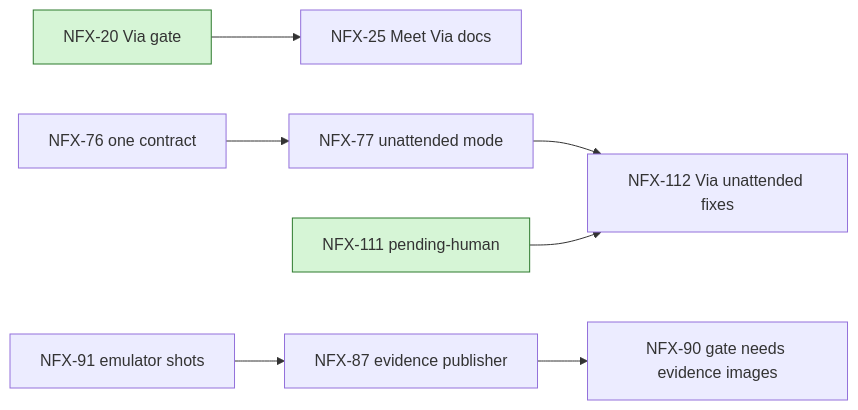
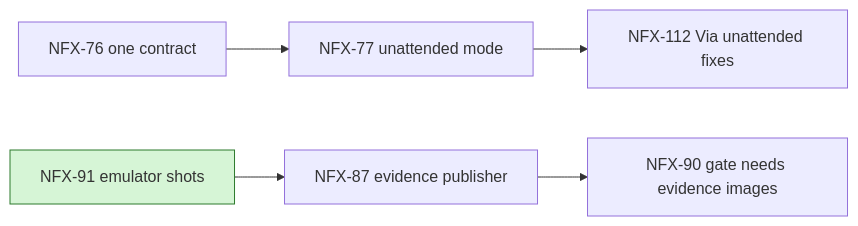
The diagram in docs/ROADMAP.md (ctorres345/NousFX), drawn with Mermaid before and after one commit. The commit also changed other lines of this file and 1 other file, not shown here.

Commit message:
NFX-151: date 1.3.0 and refresh the roadmap

````diff
--- a/docs/ROADMAP.md
+++ b/docs/ROADMAP.md
@@ -45,10 +43,8 @@
 ```mermaid
 flowchart LR
-  N20["NFX-20 Via gate"]:::next --> N25["NFX-25 Meet Via docs"]
   N76["NFX-76 one contract"] --> N77["NFX-77 unattended mode"]
   N77 --> N112["NFX-112 Via unattended fixes"]
-  N111["NFX-111 pending-human"]:::next --> N112
-  N91["NFX-91 emulator shots"] --> N87["NFX-87 evidence publisher"]
+  N91["NFX-91 emulator shots"]:::next --> N87["NFX-87 evidence publisher"]
   N87 --> N90["NFX-90 gate needs evidence images"]
   classDef next fill:#d6f5d6,stroke:#2d7a2d
 ```
````
